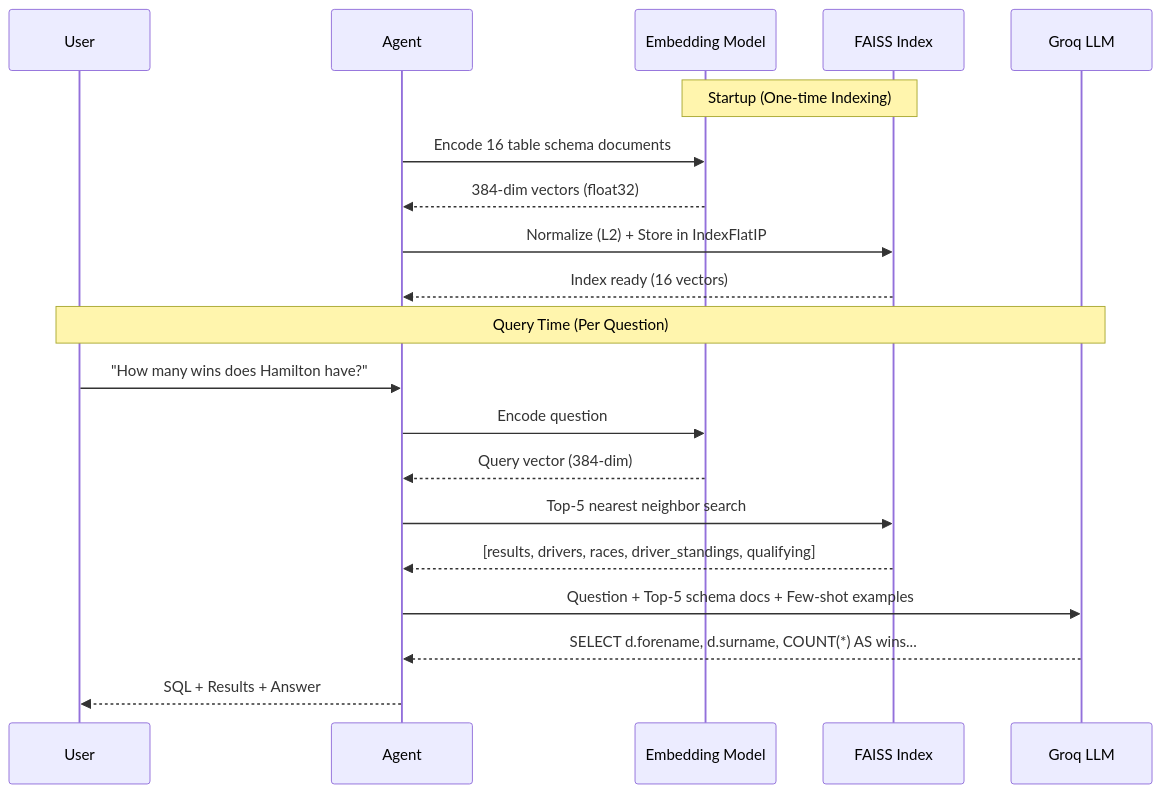
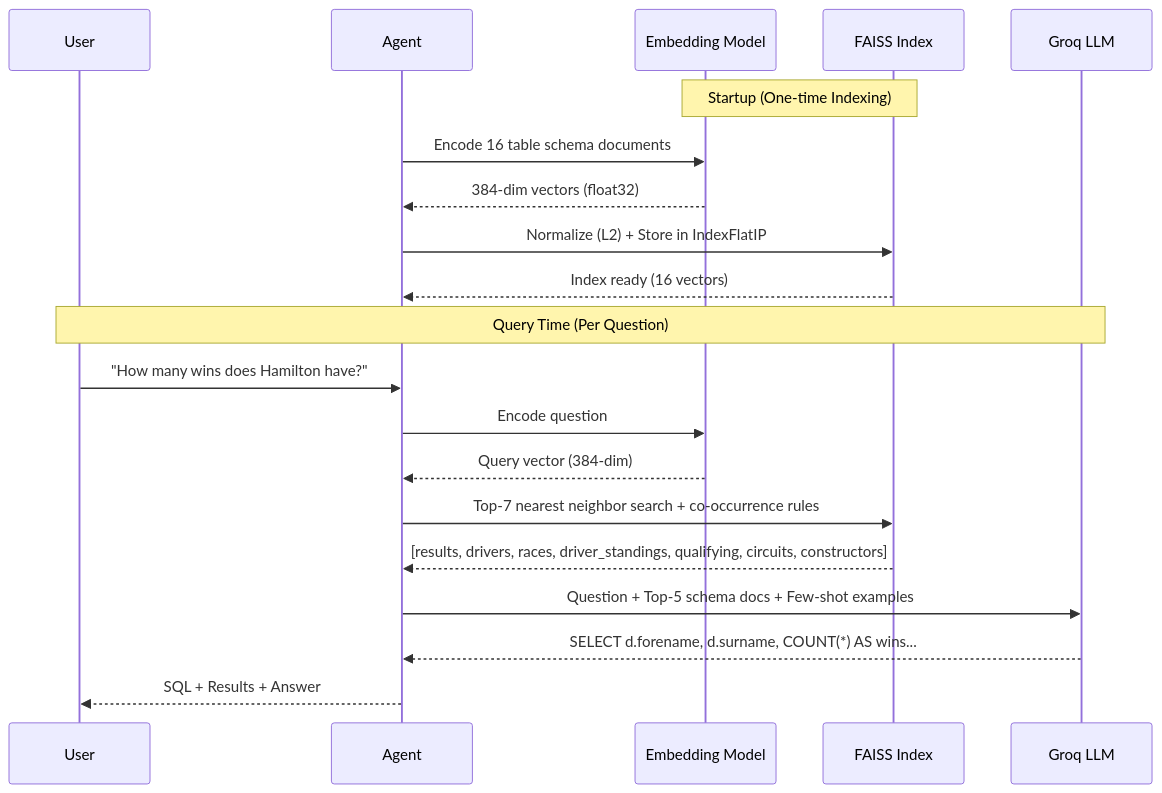
The third of 4 diagrams in REPORT.md (Venkateswara-Sahu/AI_Powered_Text-to-SQL_RAG_Chatbot), drawn with Mermaid before and after one commit. The commit also changed other lines of this file and 10 other files, not shown here.

````diff
--- a/REPORT.md
+++ b/REPORT.md
@@ -321,24 +322,24 @@
 ```mermaid
 sequenceDiagram
     participant U as User
     participant A as Agent
     participant E as Embedding Model
     participant F as FAISS Index
     participant L as Groq LLM
 
     Note over E,F: Startup (One-time Indexing)
     A->>E: Encode 16 table schema documents
     E-->>A: 384-dim vectors (float32)
     A->>F: Normalize (L2) + Store in IndexFlatIP
     F-->>A: Index ready (16 vectors)
 
     Note over U,L: Query Time (Per Question)
     U->>A: "How many wins does Hamilton have?"
     A->>E: Encode question
     E-->>A: Query vector (384-dim)
-    A->>F: Top-5 nearest neighbor search
-    F-->>A: [results, drivers, races, driver_standings, qualifying]
+    A->>F: Top-7 nearest neighbor search + co-occurrence rules
+    F-->>A: [results, drivers, races, driver_standings, qualifying, circuits, constructors]
     A->>L: Question + Top-5 schema docs + Few-shot examples
     L-->>A: SELECT d.forename, d.surname, COUNT(*) AS wins...
     A-->>U: SQL + Results + Answer
 ```
````
